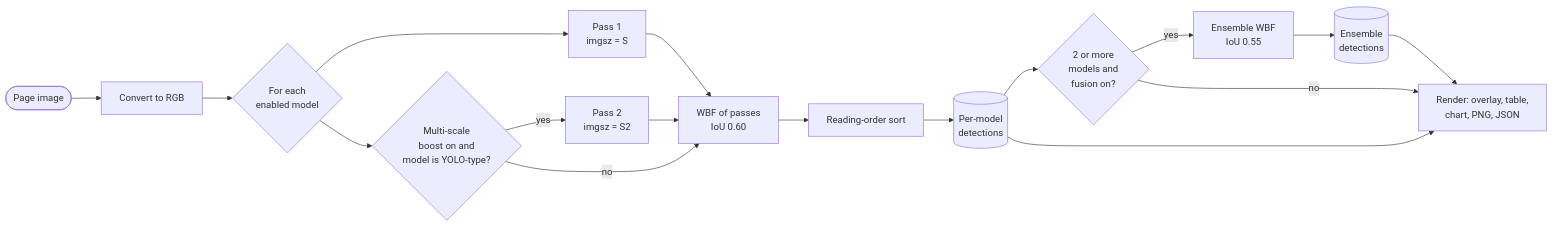
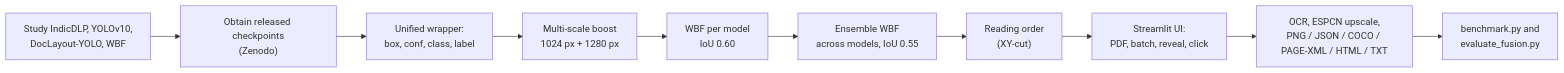
One commit to RajdipDhar2007/IndicDLP-Live-Layout-Studio changed the first of 3 diagrams in README.md. Above: the diagram before and after it, drawn with Mermaid. The commit also changed other lines of this file and 15 other files, not shown here.

First line of the commit message:
Restructure README into the internship report format; add PDF/batch input, new exports, XY-cut reading order and evaluation tools

````diff
--- a/README.md
+++ b/README.md
@@ -497,19 +110,12 @@
 ```mermaid
 flowchart LR
-    A([Page image]) --> B[Convert to RGB]
-    B --> C{For each<br/>enabled model}
-    C --> D["Pass 1<br/>imgsz = S"]
-    C --> E{"Multi-scale<br/>boost on and<br/>model is YOLO-type?"}
-    E -- yes --> F["Pass 2<br/>imgsz = S2"]
-    E -- no --> G
-    D --> G["WBF of passes<br/>IoU 0.60"]
-    F --> G
-    G --> H["Reading-order sort"]
-    H --> I[("Per-model<br/>detections")]
-    I --> J{"2 or more<br/>models and<br/>fusion on?"}
-    J -- yes --> K["Ensemble WBF<br/>IoU 0.55"]
-    K --> L[("Ensemble<br/>detections")]
-    J -- no --> M
-    I --> M["Render: overlay, table,<br/>chart, PNG, JSON"]
-    L --> M
+    A["Study IndicDLP, YOLOv10,<br/>DocLayout-YOLO, WBF"] --> B["Obtain released checkpoints<br/>(Zenodo)"]
+    B --> C["Unified wrapper:<br/>box, conf, class, label"]
+    C --> D["Multi-scale boost<br/>1024 px + 1280 px"]
+    D --> E["WBF per model<br/>IoU 0.60"]
+    E --> F["Ensemble WBF<br/>across models, IoU 0.55"]
+    F --> G["Reading order<br/>(XY-cut)"]
+    G --> H["Streamlit UI:<br/>PDF, batch, reveal, click"]
+    H --> I["OCR, ESPCN upscale,<br/>PNG / JSON / COCO / PAGE-XML / HTML / TXT"]
+    I --> J["benchmark.py and<br/>evaluate_fusion.py"]
 ```
````
